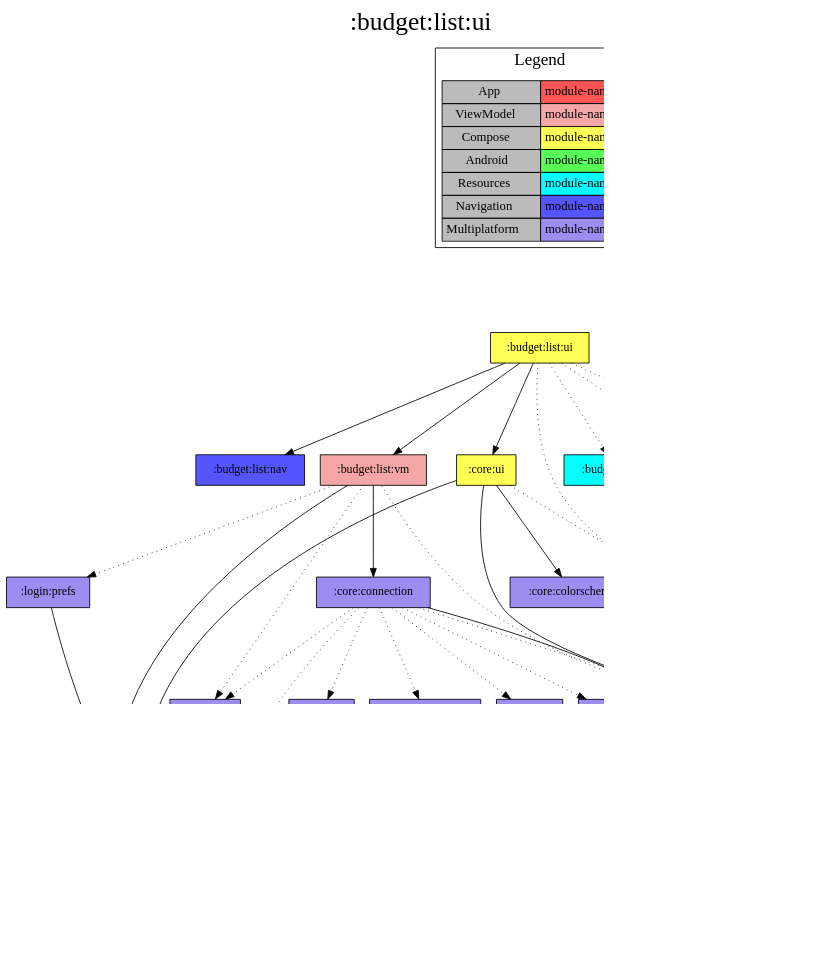
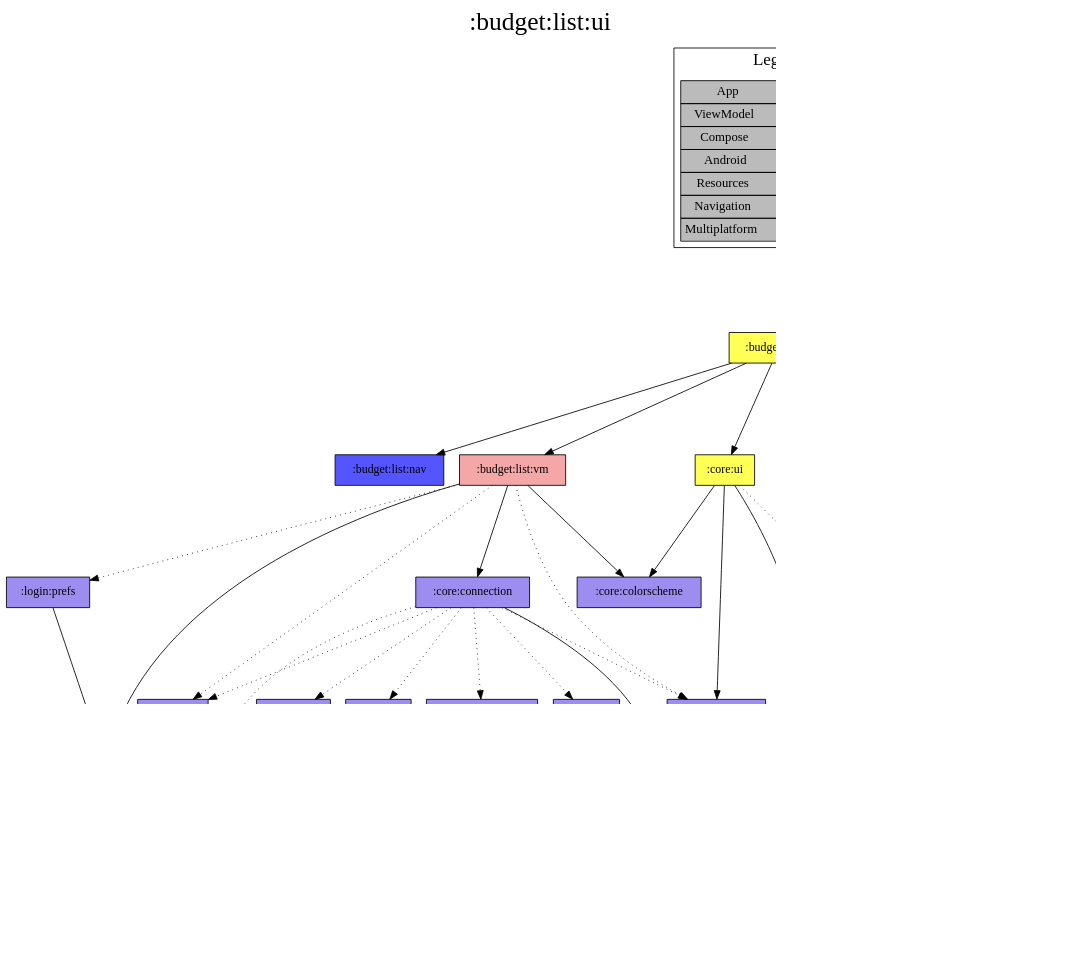
Before and after one commit to jonapoul/aktual: the diagram in modules/budget/list/ui/project-dependency-graph.dot, drawn with Graphviz. The commit also changed 27 other files, not shown here.

```diff
--- a/modules/budget/list/ui/project-dependency-graph.dot
+++ b/modules/budget/list/ui/project-dependency-graph.dot
@@ -1,75 +1,76 @@
 digraph {
 edge ["dir"="forward"]
 graph ["dpi"="100","label"=":budget:list:ui","labelloc"="t","fontsize"="30","ranksep"="1.5","rankdir"="TB"]
 node ["style"="filled"]
 ":budget:list:ui" ["fillcolor"="#FFFF55","shape"="box"]
 ":budget:list:nav" ["fillcolor"="#5555FF","shape"="box"]
 ":budget:list:vm" ["fillcolor"="#F5A6A6","shape"="box"]
+":core:colorscheme" ["fillcolor"="#9D8DF1","shape"="box"]
 ":core:connection" ["fillcolor"="#9D8DF1","shape"="box"]
 ":core:buildconfig" ["fillcolor"="#9D8DF1","shape"="box"]
 ":api:client" ["fillcolor"="#9D8DF1","shape"="box"]
 ":api:model" ["fillcolor"="#9D8DF1","shape"="box"]
 ":login:model" ["fillcolor"="#9D8DF1","shape"="box"]
 ":url:model" ["fillcolor"="#9D8DF1","shape"="box"]
 ":api:json" ["fillcolor"="#9D8DF1","shape"="box"]
 ":core:coroutines" ["fillcolor"="#9D8DF1","shape"="box"]
 ":core:log" ["fillcolor"="#9D8DF1","shape"="box"]
 ":core:versions" ["fillcolor"="#9D8DF1","shape"="box"]
 ":url:prefs" ["fillcolor"="#9D8DF1","shape"="box"]
 ":login:prefs" ["fillcolor"="#9D8DF1","shape"="box"]
 ":core:ui" ["fillcolor"="#FFFF55","shape"="box"]
-":core:colorscheme" ["fillcolor"="#9D8DF1","shape"="box"]
 ":core:res" ["fillcolor"="#00FFFF","shape"="box"]
 ":budget:list:res" ["fillcolor"="#00FFFF","shape"="box"]
 ":login:nav" ["fillcolor"="#5555FF","shape"="box"]
 ":url:nav" ["fillcolor"="#5555FF","shape"="box"]
 {
 edge ["dir"="none"]
 graph ["rank"="same"]
 }
 ":budget:list:ui" -> ":budget:list:nav"
 ":budget:list:ui" -> ":budget:list:vm"
 ":budget:list:ui" -> ":core:ui"
 ":budget:list:ui" -> ":budget:list:res" ["style"="dotted"]
 ":budget:list:ui" -> ":core:res" ["style"="dotted"]
 ":budget:list:ui" -> ":login:nav" ["style"="dotted"]
 ":budget:list:ui" -> ":url:nav" ["style"="dotted"]
+":budget:list:vm" -> ":core:colorscheme"
 ":budget:list:vm" -> ":core:connection"
 ":budget:list:vm" -> ":url:model"
 ":budget:list:vm" -> ":core:versions" ["style"="dotted"]
 ":budget:list:vm" -> ":login:prefs" ["style"="dotted"]
 ":budget:list:vm" -> ":url:prefs" ["style"="dotted"]
 ":core:connection" -> ":core:buildconfig"
 ":core:connection" -> ":api:client" ["style"="dotted"]
 ":core:connection" -> ":api:json" ["style"="dotted"]
 ":core:connection" -> ":core:coroutines" ["style"="dotted"]
 ":core:connection" -> ":core:log" ["style"="dotted"]
 ":core:connection" -> ":core:versions" ["style"="dotted"]
 ":core:connection" -> ":url:model" ["style"="dotted"]
 ":core:connection" -> ":url:prefs" ["style"="dotted"]
 ":api:client" -> ":api:model"
 ":api:client" -> ":url:model"
 ":api:model" -> ":login:model"
 ":core:versions" -> ":core:buildconfig"
 ":url:prefs" -> ":url:model"
 ":login:prefs" -> ":login:model"
 ":core:ui" -> ":core:colorscheme"
 ":core:ui" -> ":core:versions"
 ":core:ui" -> ":url:model"
 ":core:ui" -> ":core:res" ["style"="dotted"]
 subgraph "cluster_legend" {
 edge ["dir"="none"]
 graph ["label"="Legend","fontsize"="20"]
 "Legend" ["style"="filled","fillcolor"="#bbbbbb","shape"="none","margin"="0","fontsize"="15","label"=<
 <TABLE BORDER="0" CELLBORDER="1" CELLSPACING="0" CELLPADDING="4">
 <TR><TD>App</TD><TD BGCOLOR="#FF5555">module-name</TD></TR>
 <TR><TD>ViewModel</TD><TD BGCOLOR="#F5A6A6">module-name</TD></TR>
 <TR><TD>Compose</TD><TD BGCOLOR="#FFFF55">module-name</TD></TR>
 <TR><TD>Android</TD><TD BGCOLOR="#55FF55">module-name</TD></TR>
 <TR><TD>Resources</TD><TD BGCOLOR="#00FFFF">module-name</TD></TR>
 <TR><TD>Navigation</TD><TD BGCOLOR="#5555FF">module-name</TD></TR>
 <TR><TD>Multiplatform</TD><TD BGCOLOR="#9D8DF1">module-name</TD></TR>
 </TABLE>
 >]
 } -> ":budget:list:ui" ["style"="invis"]
 }
```
